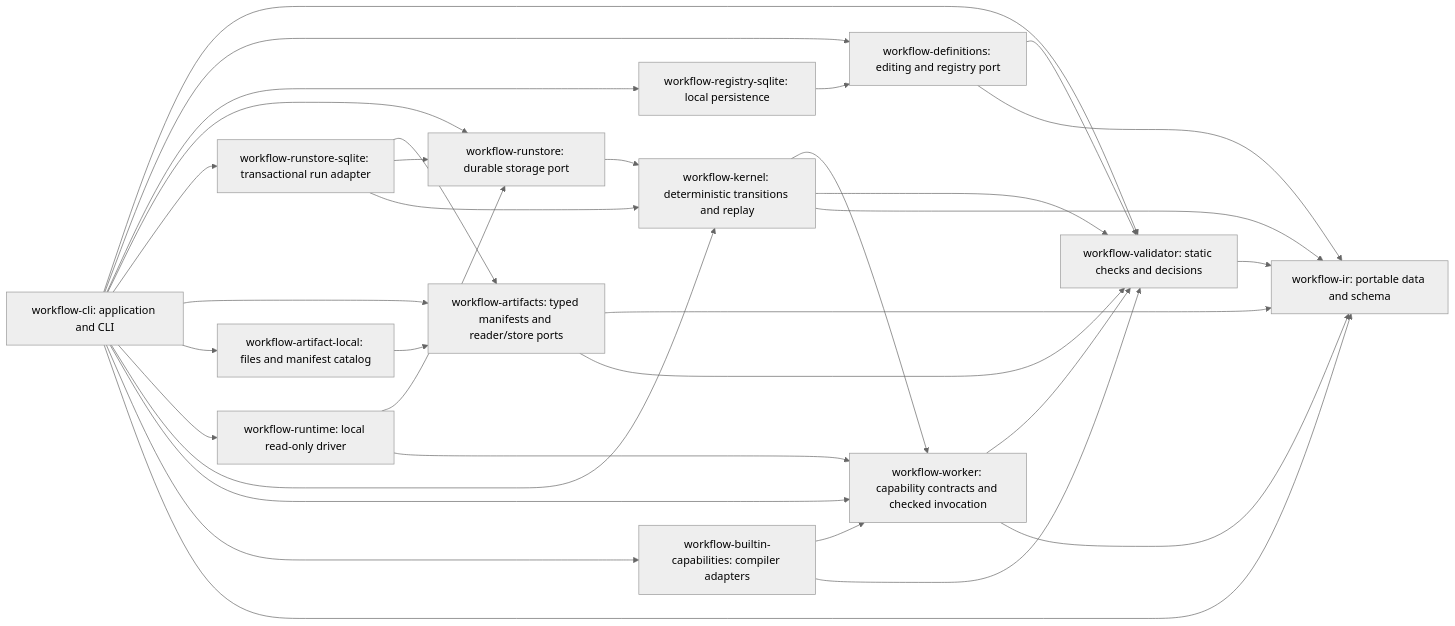
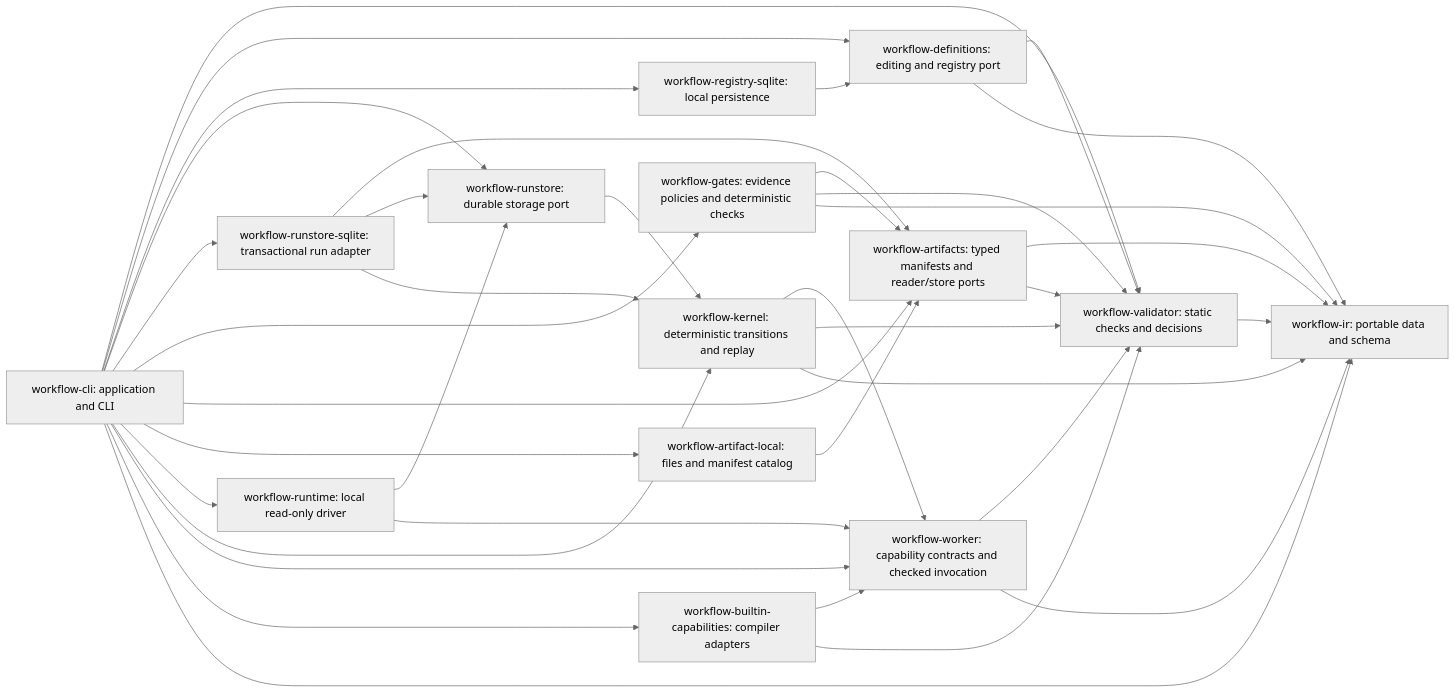
One commit to coolplayagent/workflow-cli changed the diagram in docs/roadmap.md. Above: the diagram before and after it, drawn with Mermaid (neutral theme). The commit also changed other lines of this file and 26 other files, not shown here.

Commit message:
feat(gates): verify settled evidence against exact policy and target (#25)

````diff
--- a/docs/roadmap.md
+++ b/docs/roadmap.md
@@ -8,35 +8,39 @@
 ```mermaid
 flowchart LR
     CLI[workflow-cli: application and CLI] --> V[workflow-validator: static checks and decisions]
     CLI --> D[workflow-definitions: editing and registry port]
     CLI --> S[workflow-registry-sqlite: local persistence]
     CLI --> RS[workflow-runstore: durable storage port]
     CLI --> DB[workflow-runstore-sqlite: transactional run adapter]
+    CLI --> G[workflow-gates: evidence policies and deterministic checks]
+    G --> A
+    G --> V
+    G --> IR
     CLI --> A[workflow-artifacts: typed manifests and reader/store ports]
     CLI --> AF[workflow-artifact-local: files and manifest catalog]
     AF --> A
     DB --> A
     A --> IR
     A --> V
     CLI --> RT[workflow-runtime: local read-only driver]
     RT --> RS
     RT --> W
     DB --> RS
     DB --> K
     RS --> K
     CLI --> K[workflow-kernel: deterministic transitions and replay]
     K --> W
     K --> V
     K --> IR
     CLI --> W[workflow-worker: capability contracts and checked invocation]
     CLI --> B[workflow-builtin-capabilities: compiler adapters]
     B --> W
     B --> V
     W --> V
     W --> IR
     S --> D
     D --> V
     D --> IR[workflow-ir: portable data and schema]
     CLI --> IR
     V --> IR
 ```
````
